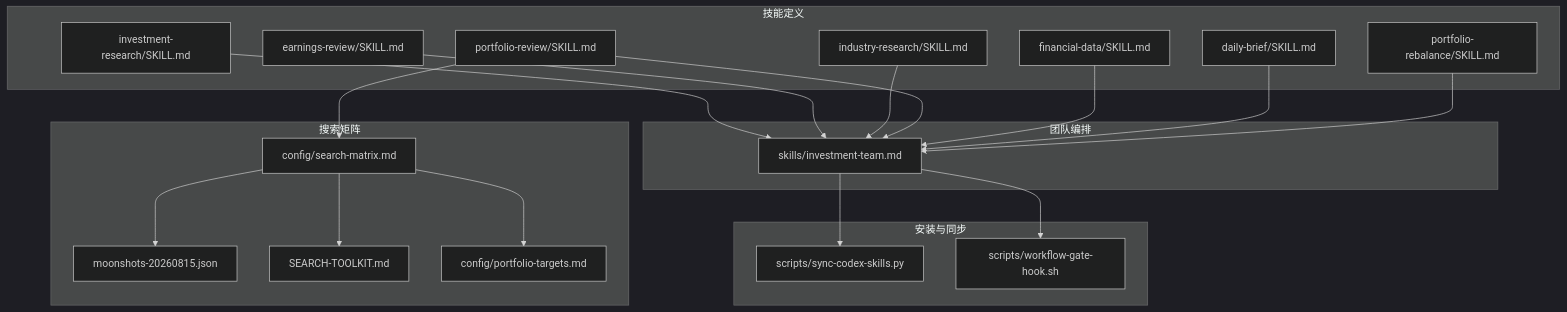
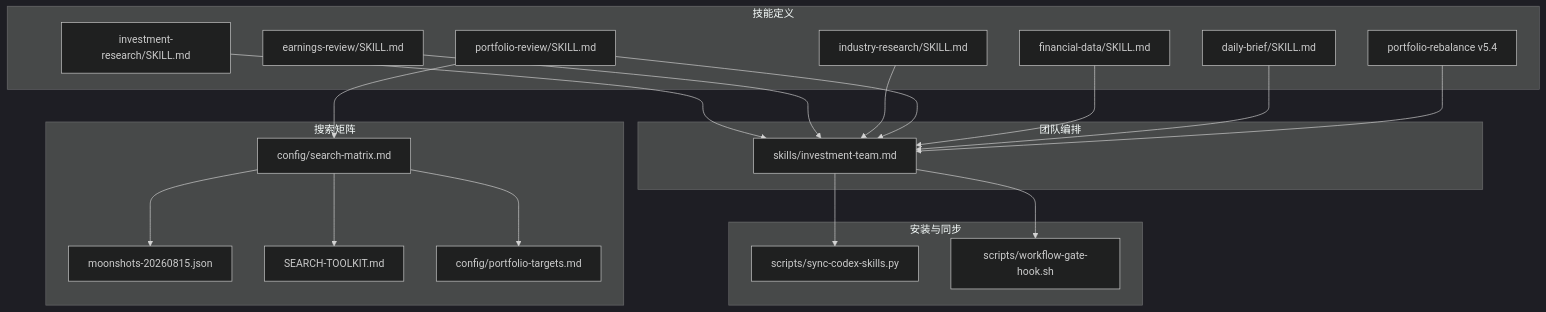
The first of 4 diagrams in .qoder/repowiki/zh/content/AI技能系统/核心投资研究技能/核心投资研究技能.md (Ted-Engineer/ai-berkshire), drawn with Mermaid (dark theme) before and after one commit. The commit also changed other lines of this file and 7 other files, not shown here.

````diff
--- a/.qoder/repowiki/zh/content/AI技能系统/核心投资研究技能/核心投资研究技能.md
+++ b/.qoder/repowiki/zh/content/AI技能系统/核心投资研究技能/核心投资研究技能.md
@@ -49,38 +50,38 @@
 ```mermaid
 graph TB
 subgraph "技能定义"
 IR["investment-research/SKILL.md"]
 ER["earnings-review/SKILL.md"]
 IRR["industry-research/SKILL.md"]
 PR["portfolio-review/SKILL.md"]
 FD["financial-data/SKILL.md"]
 DB["daily-brief/SKILL.md"]
-PB["portfolio-rebalance/SKILL.md"]
+PB["portfolio-rebalance v5.4"]
 end
 subgraph "团队编排"
 IT["skills/investment-team.md"]
 end
 subgraph "安装与同步"
 SYNC["scripts/sync-codex-skills.py"]
 WG["scripts/workflow-gate-hook.sh"]
 end
 subgraph "搜索矩阵"
 SM["config/search-matrix.md"]
 MS["moonshots-20260815.json"]
 ST["SEARCH-TOOLKIT.md"]
 PT["config/portfolio-targets.md"]
 end
 IR --> IT
 ER --> IT
 IRR --> IT
 PR --> IT
 FD --> IT
 DB --> IT
 PB --> IT
 IT --> SYNC
 IT --> WG
 PR --> SM
 SM --> MS
 SM --> ST
 SM --> PT
 ```
````
